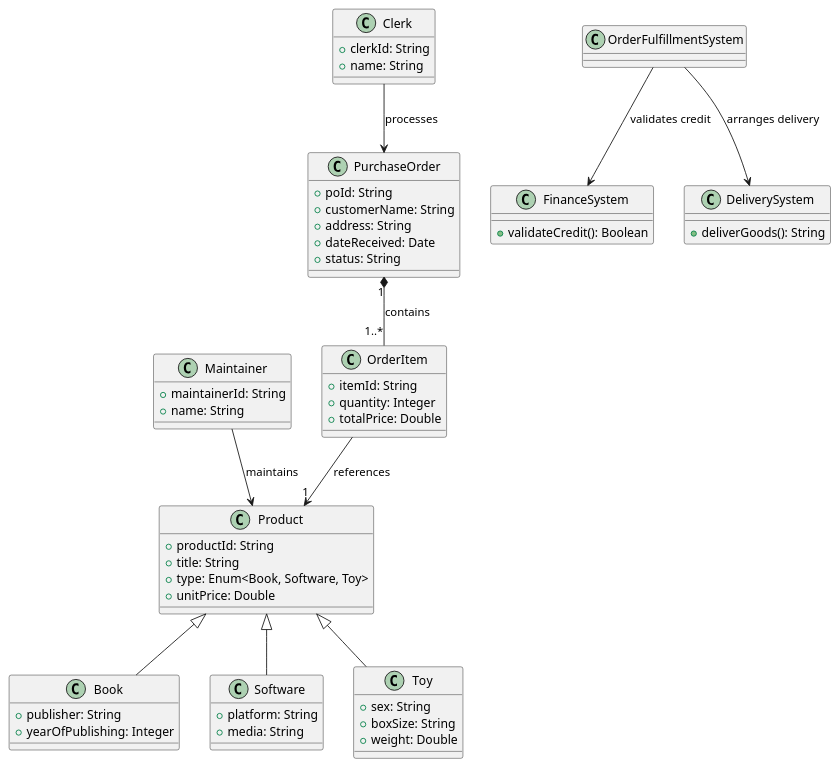
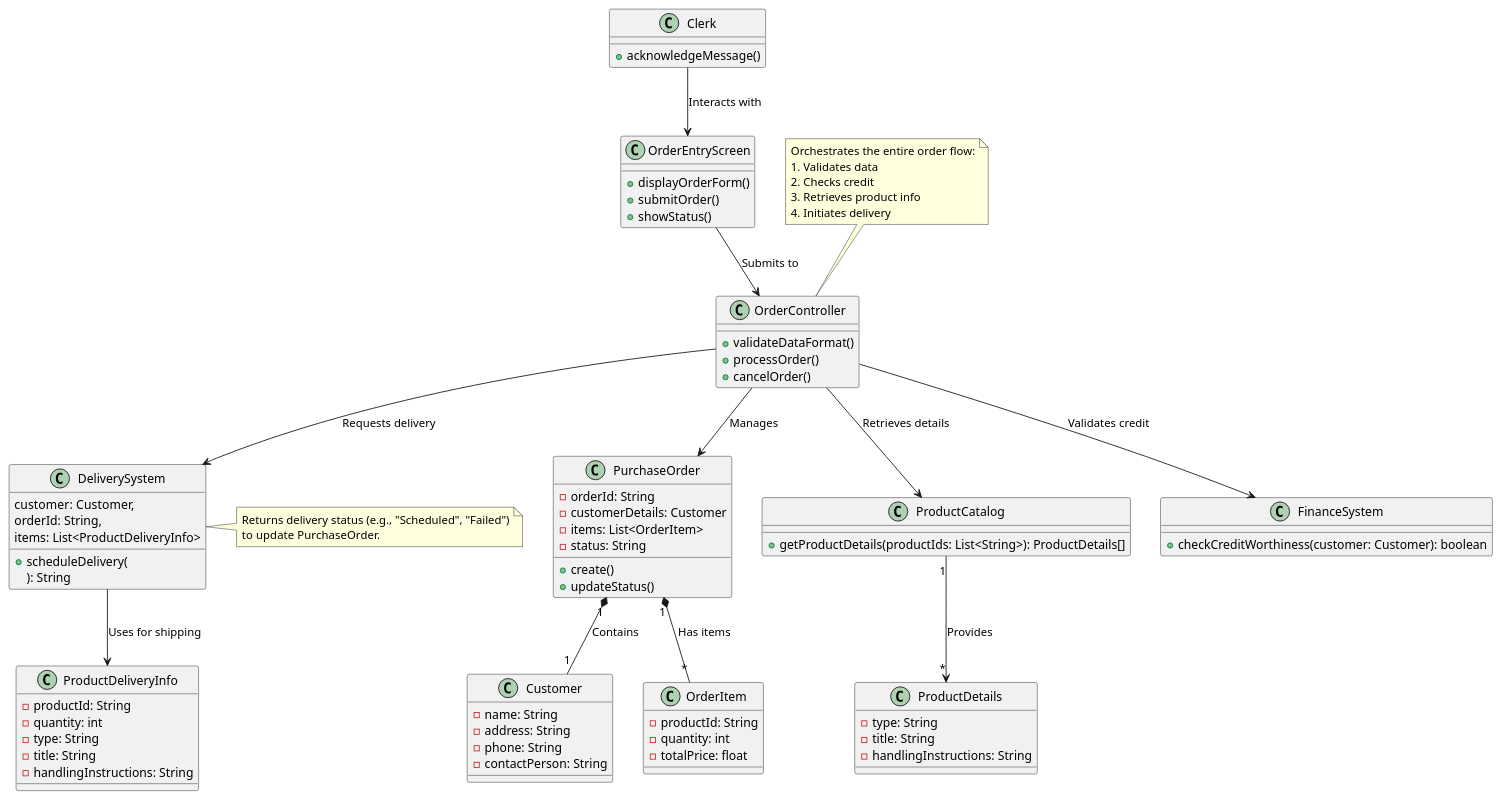
Before and after one commit to douglasswmcst/SAD_USECASE_ACTIVITY: the diagram in class_diagram.puml, drawn with PlantUML. The commit also changed 4 other files, not shown here.

```diff
--- a/class_diagram.puml
+++ b/class_diagram.puml
@@ -1,66 +1,98 @@
 @startuml OrderFulfillmentClassDiagram
-class Maintainer {
-    + maintainerId: String
-    + name: String
+
+' ==== Classes ====
+class Clerk {
+  + acknowledgeMessage()
 }
 
-class Clerk {
-    + clerkId: String
-    + name: String
+class OrderEntryScreen {
+  + displayOrderForm()
+  + submitOrder()
+  + showStatus()
 }
 
-class Product {
-    + productId: String
-    + title: String
-    + type: Enum<Book, Software, Toy>
-    + unitPrice: Double
-}
-
-class Book {
-    + publisher: String
-    + yearOfPublishing: Integer
-}
-
-class Software {
-    + platform: String
-    + media: String
-}
-
-class Toy {
-    + sex: String
-    + boxSize: String
-    + weight: Double
+class OrderController {
+  + validateDataFormat()
+  + processOrder()
+  + cancelOrder()
 }
 
 class PurchaseOrder {
-    + poId: String
-    + customerName: String
-    + address: String
-    + dateReceived: Date
-    + status: String
+  - orderId: String
+  - customerDetails: Customer
+  - items: List<OrderItem>
+  - status: String
+  + create()
+  + updateStatus()
+}
+
+class Customer {
+  - name: String
+  - address: String
+  - phone: String
+  - contactPerson: String
 }
 
 class OrderItem {
-    + itemId: String
-    + quantity: Integer
-    + totalPrice: Double
+  - productId: String
+  - quantity: int
+  - totalPrice: float
+}
+
+class ProductCatalog {
+  + getProductDetails(productIds: List<String>): ProductDetails[]
+}
+
+class ProductDetails {
+  - type: String
+  - title: String
+  - handlingInstructions: String
 }
 
 class FinanceSystem {
-    + validateCredit(): Boolean
+  + checkCreditWorthiness(customer: Customer): boolean
 }
 
 class DeliverySystem {
-    + deliverGoods(): String
+  + scheduleDelivery(
+    customer: Customer,
+    orderId: String,
+    items: List<ProductDeliveryInfo>
+  ): String
 }
 
-Maintainer --> Product : maintains
-Clerk --> PurchaseOrder : processes
-Product <|-- Book
-Product <|-- Software
-Product <|-- Toy
-PurchaseOrder "1" *-- "1..*" OrderItem : contains
-OrderItem --> "1" Product : references
-OrderFulfillmentSystem --> FinanceSystem : validates credit
-OrderFulfillmentSystem --> DeliverySystem : arranges delivery
+class ProductDeliveryInfo {
+  - productId: String
+  - quantity: int
+  - type: String
+  - title: String
+  - handlingInstructions: String
+}
+
+' ==== Relationships ====
+Clerk --> OrderEntryScreen : "Interacts with"
+OrderEntryScreen --> OrderController : "Submits to"
+OrderController --> PurchaseOrder : "Manages"
+OrderController --> FinanceSystem : "Validates credit"
+OrderController --> ProductCatalog : "Retrieves details"
+OrderController --> DeliverySystem : "Requests delivery"
+PurchaseOrder "1" *-- "1" Customer : "Contains"
+PurchaseOrder "1" *-- "*" OrderItem : "Has items"
+ProductCatalog "1" --> "*" ProductDetails : "Provides"
+DeliverySystem --> ProductDeliveryInfo : "Uses for shipping"
+
+' ==== Notes ====
+note top of OrderController
+  Orchestrates the entire order flow:
+  1. Validates data
+  2. Checks credit
+  3. Retrieves product info
+  4. Initiates delivery
+end note
+
+note right of DeliverySystem
+  Returns delivery status (e.g., "Scheduled", "Failed")
+  to update PurchaseOrder.
+end note
+
 @enduml
```
